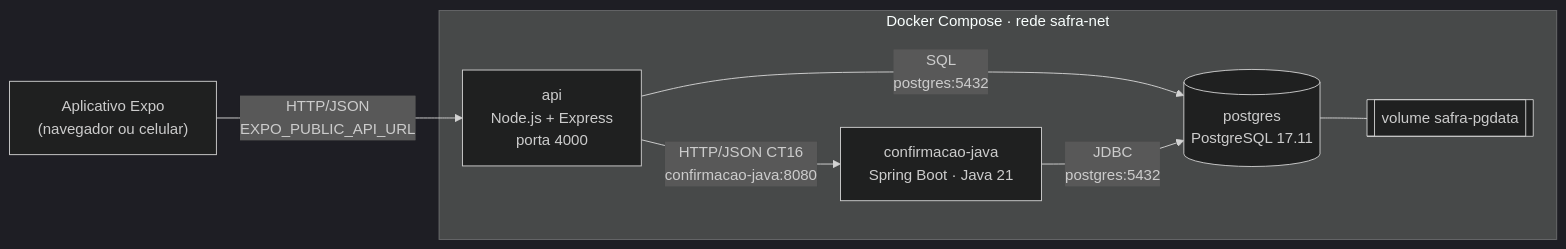
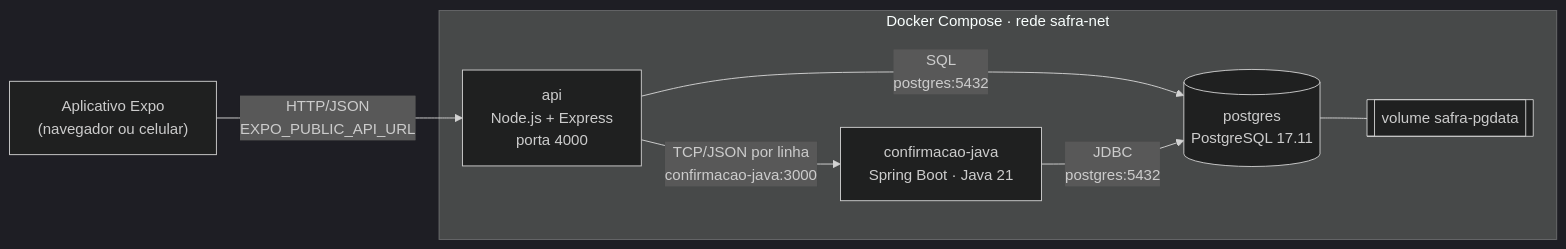
Before and after one commit to Rnchx/pi4-TURMA-gN-backend-1: the diagram in README.md, drawn with Mermaid (dark theme). The commit also changed other lines of this file and 68 other files, not shown here.

````diff
--- a/README.md
+++ b/README.md
@@ -233,15 +235,15 @@
 ```mermaid
 flowchart LR
   app["Aplicativo Expo<br/>(navegador ou celular)"]
   subgraph docker["Docker Compose · rede safra-net"]
     api["api<br/>Node.js + Express<br/>porta 4000"]
     java["confirmacao-java<br/>Spring Boot · Java 21"]
     pg[("postgres<br/>PostgreSQL 17.11")]
     vol[["volume safra-pgdata"]]
   end
   app -- "HTTP/JSON<br/>EXPO_PUBLIC_API_URL" --> api
-  api -- "HTTP/JSON CT16<br/>confirmacao-java:8080" --> java
+  api -- "TCP/JSON por linha<br/>confirmacao-java:3000" --> java
   api -- "SQL<br/>postgres:5432" --> pg
   java -- "JDBC<br/>postgres:5432" --> pg
   pg --- vol
 ```
````
